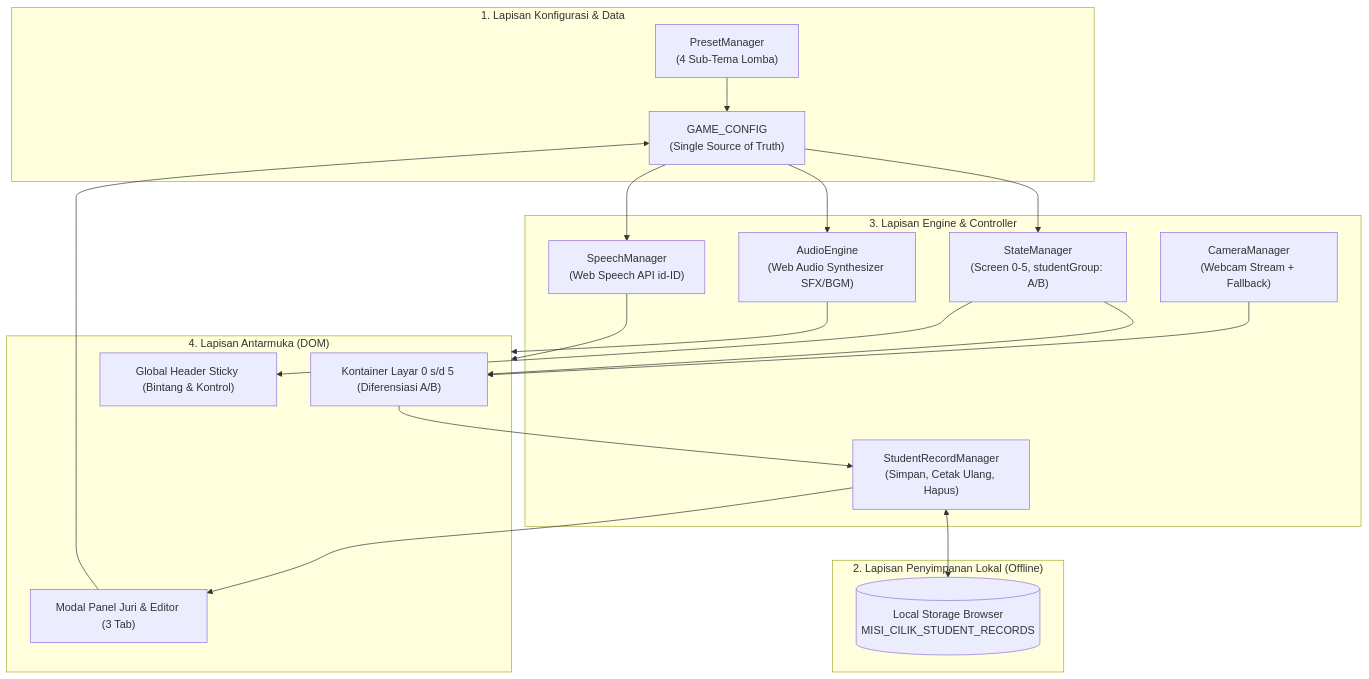
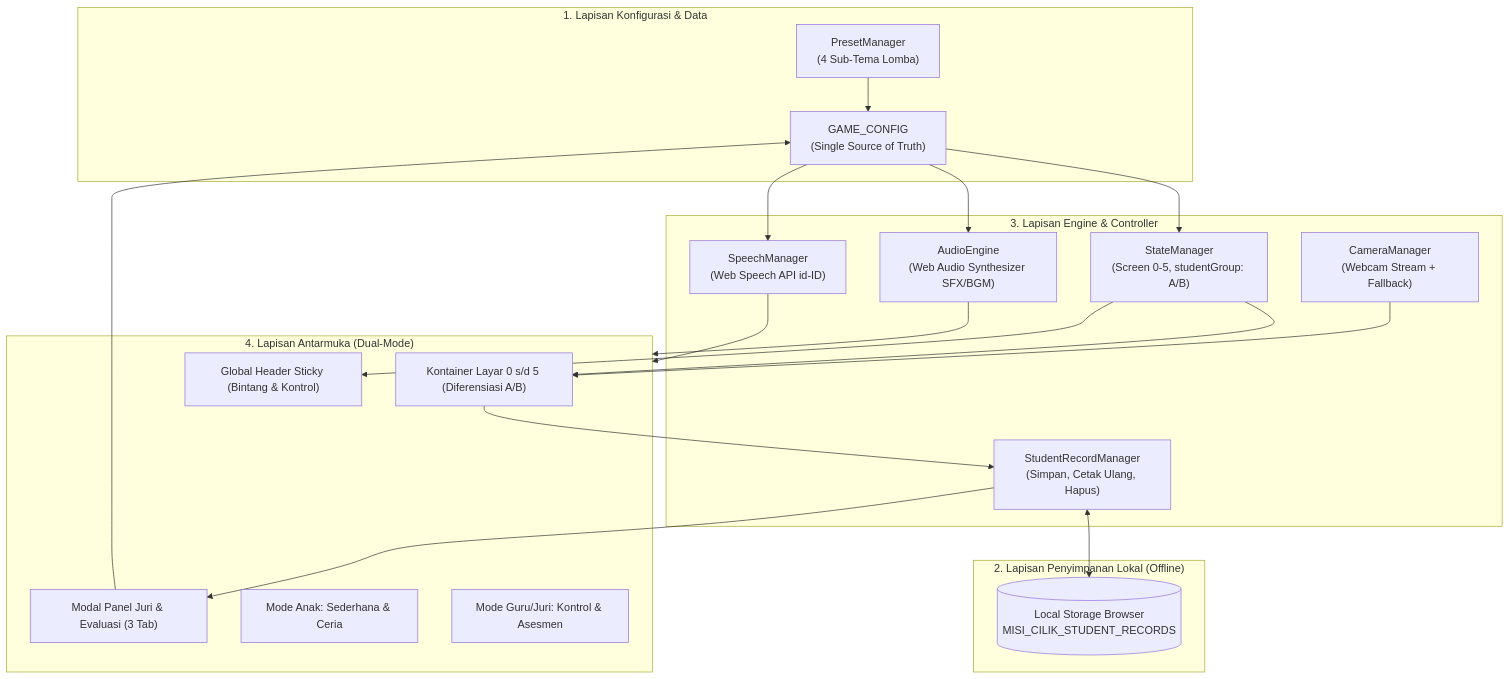
Before and after one commit to bud1purwanto/Misi-Cilik-Games-Edukasi: the first of 2 diagrams in docs/03_architecture/system_architecture.md, drawn with Mermaid. The commit also changed other lines of this file and 8 other files, not shown here.

Commit message:
docs: perbarui spesifikasi teknis dan kurikulum sesuai revisi prioritas mbak ratih (objek numerasi 4 tema, diferensiasi sampah 4 vs 6, asesmen bukti pengamatan, dan dual-mode)

````diff
--- a/docs/03_architecture/system_architecture.md
+++ b/docs/03_architecture/system_architecture.md
@@ -11,41 +11,43 @@
 ```mermaid
 flowchart TD
     subgraph ConfigLayer["1. Lapisan Konfigurasi & Data"]
         GC["GAME_CONFIG<br>(Single Source of Truth)"]
         Presets["PresetManager<br>(4 Sub-Tema Lomba)"]
         Presets --> GC
     end
 
     subgraph StorageLayer["2. Lapisan Penyimpanan Lokal (Offline)"]
         LS[("Local Storage Browser<br>MISI_CILIK_STUDENT_RECORDS")]
     end
 
     subgraph CoreEngine["3. Lapisan Engine & Controller"]
         SM["StateManager<br>(Screen 0-5, studentGroup: A/B)"]
         AM["AudioEngine<br>(Web Audio Synthesizer SFX/BGM)"]
         TTS["SpeechManager<br>(Web Speech API id-ID)"]
         CAM["CameraManager<br>(Webcam Stream + Fallback)"]
         STM["StudentRecordManager<br>(Simpan, Cetak Ulang, Hapus)"]
     end
 
-    subgraph ViewLayer["4. Lapisan Antarmuka (DOM)"]
+    subgraph ViewLayer["4. Lapisan Antarmuka (Dual-Mode)"]
         Header["Global Header Sticky (Bintang & Kontrol)"]
         Screens["Kontainer Layar 0 s/d 5 (Diferensiasi A/B)"]
-        ModalJuri["Modal Panel Juri & Editor (3 Tab)"]
+        ModalJuri["Modal Panel Juri & Evaluasi (3 Tab)"]
+        ChildView["Mode Anak: Sederhana & Ceria"]
+        TeacherView["Mode Guru/Juri: Kontrol & Asesmen"]
     end
 
     GC --> SM
     GC --> AM
     GC --> TTS
     
     SM --> Screens
     SM --> Header
     AM --> ViewLayer
     TTS --> ViewLayer
     CAM --> Screens
     
     Screens --> STM
     STM <--> LS
     STM --> ModalJuri
     ModalJuri --> GC
 ```
````
